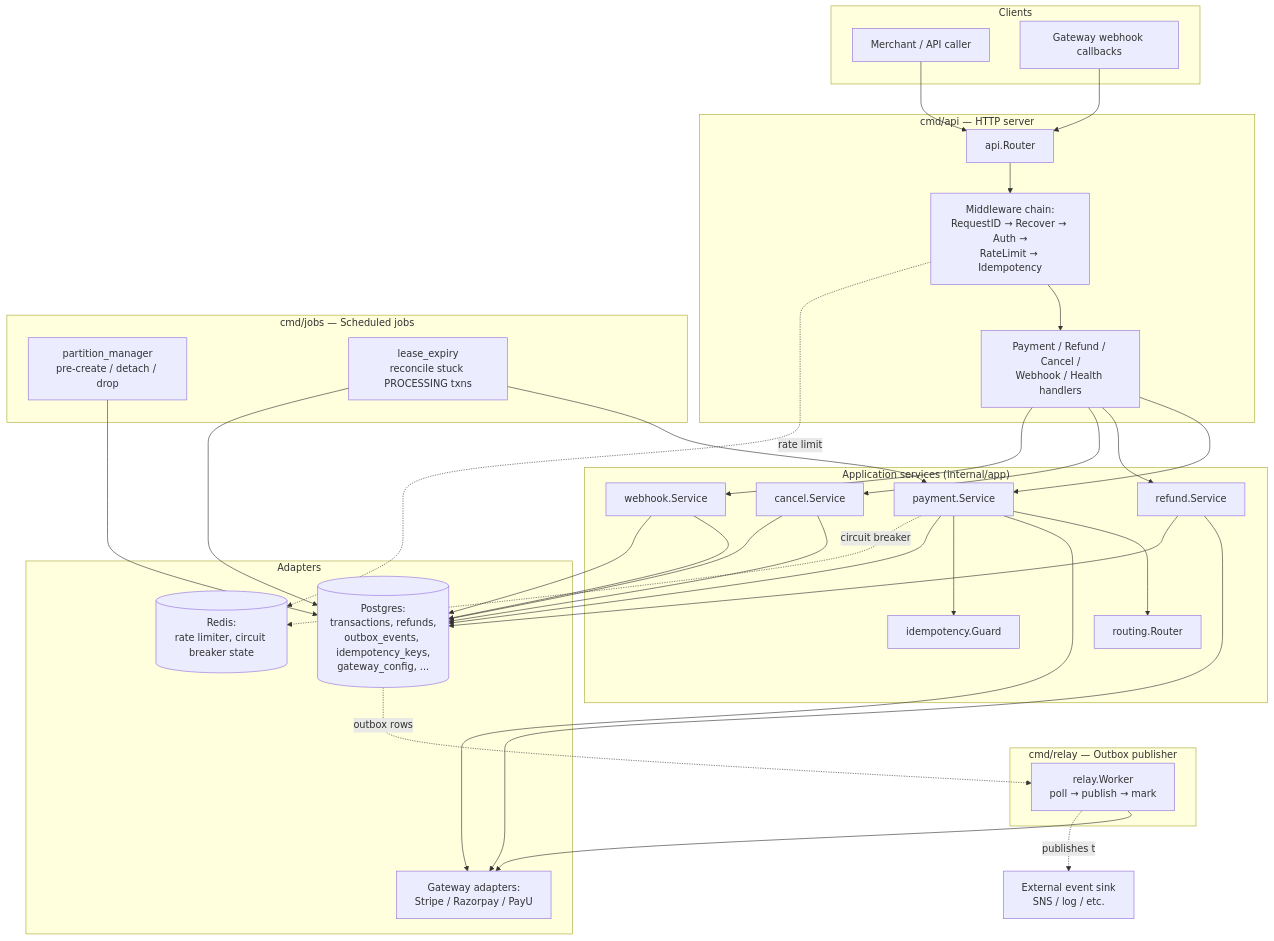
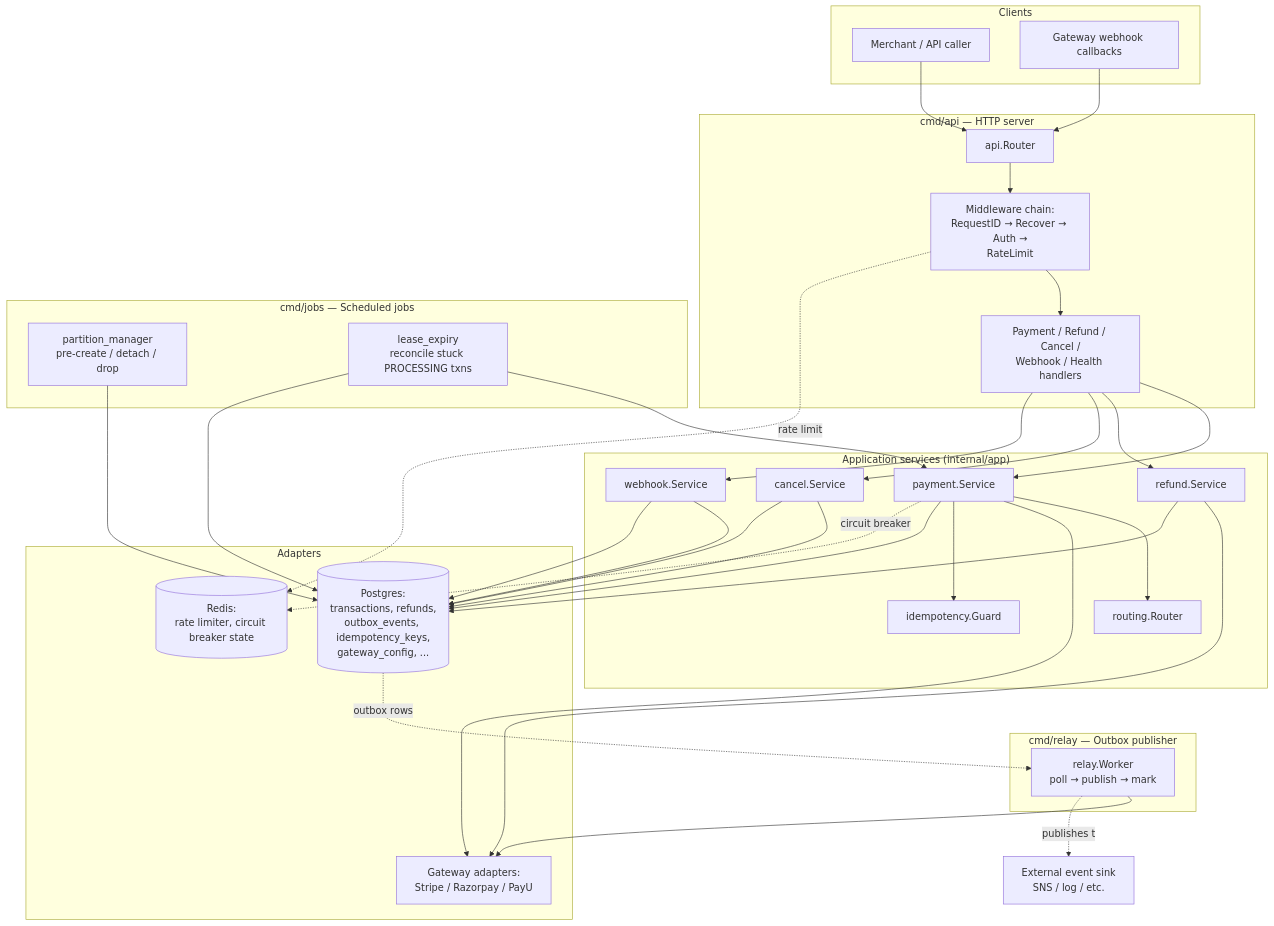
Before and after one commit to blue-samarth/payment-service: the first of 11 diagrams in README.md, drawn with Mermaid. The commit also changed other lines of this file and 24 other files, not shown here.

````diff
--- a/README.md
+++ b/README.md
@@ -63,61 +63,61 @@
 ```mermaid
 flowchart TB
     subgraph Clients
         Merchant[Merchant / API caller]
         GatewayCB[Gateway webhook callbacks]
     end
 
     subgraph "cmd/api — HTTP server"
         Router[api.Router]
-        MW[Middleware chain:<br/>RequestID → Recover → Auth →<br/>RateLimit → Idempotency]
+        MW[Middleware chain:<br/>RequestID → Recover → Auth →<br/>RateLimit]
         Handlers[Payment / Refund / Cancel /<br/>Webhook / Health handlers]
     end
 
     subgraph "cmd/relay — Outbox publisher"
         RelayWorker[relay.Worker<br/>poll → publish → mark]
     end
 
     subgraph "cmd/jobs — Scheduled jobs"
         PartitionMgr[partition_manager<br/>pre-create / detach / drop]
         LeaseReaper[lease_expiry<br/>reconcile stuck PROCESSING txns]
     end
 
     subgraph "Application services (internal/app)"
         PaymentSvc[payment.Service]
         RefundSvc[refund.Service]
         CancelSvc[cancel.Service]
         WebhookSvc[webhook.Service]
         RouterSvc[routing.Router]
         IdemGuard[idempotency.Guard]
     end
 
     subgraph "Adapters"
         PG[(Postgres:<br/>transactions, refunds,<br/>outbox_events, idempotency_keys,<br/>gateway_config, ...)]
         Redis[(Redis:<br/>rate limiter, circuit breaker state)]
         Gateways[Gateway adapters:<br/>Stripe / Razorpay / PayU]
     end
 
     Merchant --> Router
     GatewayCB --> Router
     Router --> MW --> Handlers
     Handlers --> PaymentSvc & RefundSvc & CancelSvc & WebhookSvc
 
     PaymentSvc --> RouterSvc
     PaymentSvc --> Gateways
     PaymentSvc --> IdemGuard
     RefundSvc --> Gateways
     CancelSvc --> PG
     WebhookSvc --> PG
 
     PaymentSvc & RefundSvc & CancelSvc & WebhookSvc --> PG
     PaymentSvc -.circuit breaker.-> Redis
     MW -.rate limit.-> Redis
 
     PG -.outbox rows.-> RelayWorker
     RelayWorker --> Gateways
     RelayWorker -.publishes to.-> Downstream[External event sink<br/>SNS / log / etc.]
 
     PartitionMgr --> PG
     LeaseReaper --> PaymentSvc
     LeaseReaper --> PG
 ```
````
